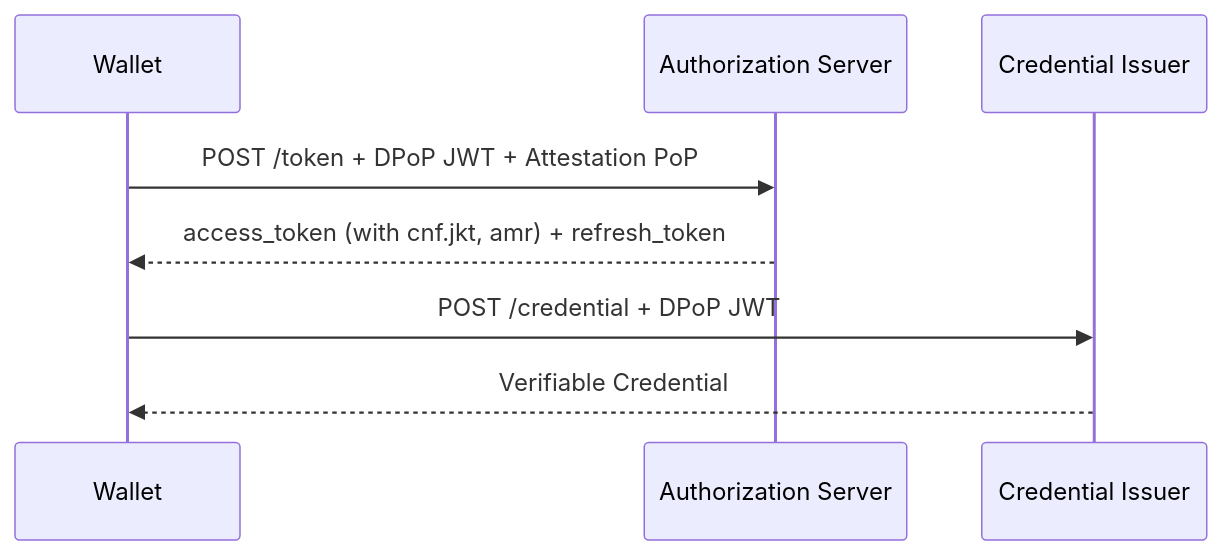
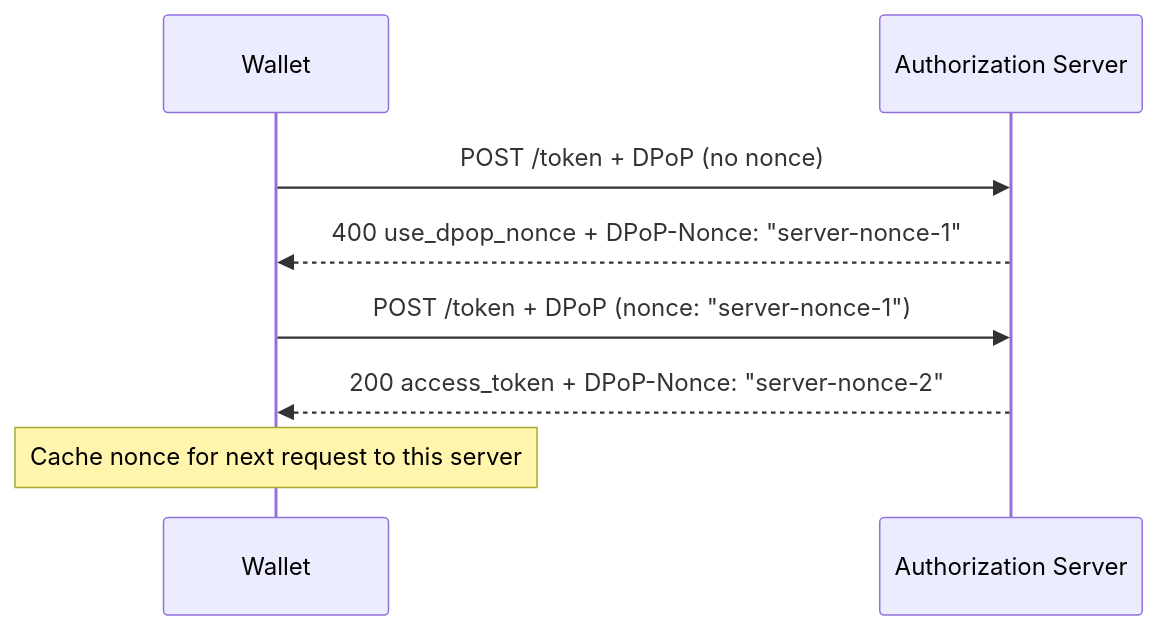
The sixth of 9 diagrams in oid4vc/auth_server/docs/auth-server-design.md (weiiv/acapy-plugins), drawn with Mermaid before and after one commit. The commit also changed other lines of this file and 12 other files, not shown here.

Commit message:
feat: add DPOP_ENABLED/ATTESTATION_ENABLED flags with conditional discovery

````diff
--- a/oid4vc/auth_server/docs/auth-server-design.md
+++ b/oid4vc/auth_server/docs/auth-server-design.md
@@ -277,10 +437,11 @@
 ```mermaid
 sequenceDiagram
   participant Wallet
   participant AuthServer as Authorization Server
-  participant Issuer as Credential Issuer
-  Wallet->>AuthServer: POST /token + DPoP JWT + Attestation PoP
-  AuthServer-->>Wallet: access_token (with cnf.jkt, amr) + refresh_token
-  Wallet->>Issuer: POST /credential + DPoP JWT
-  Issuer-->>Wallet: Verifiable Credential
+
+  Wallet->>AuthServer: POST /token + DPoP (no nonce)
+  AuthServer-->>Wallet: 400 use_dpop_nonce + DPoP-Nonce: "server-nonce-1"
+  Wallet->>AuthServer: POST /token + DPoP (nonce: "server-nonce-1")
+  AuthServer-->>Wallet: 200 access_token + DPoP-Nonce: "server-nonce-2"
+  Note over Wallet: Cache nonce for next request to this server
 ```
````
